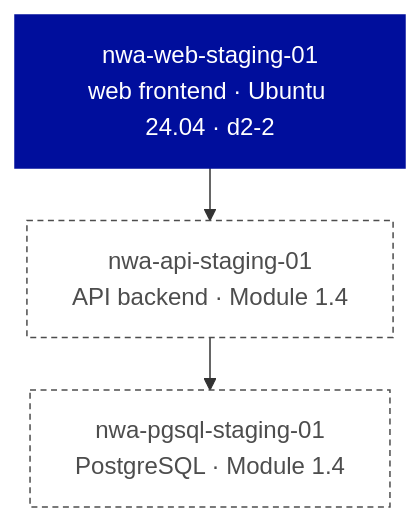
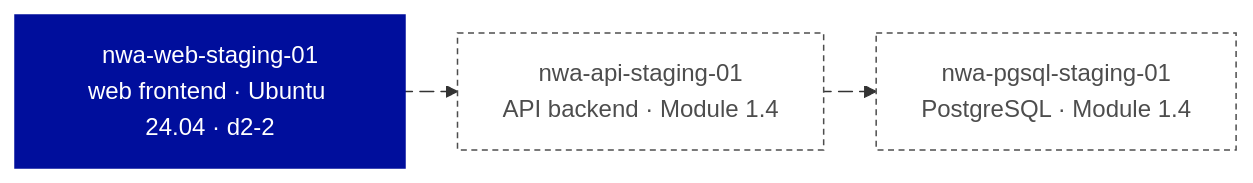
Before and after one commit to trippinguy26/ovhcloud-pcca-content: the third of 3 diagrams in modules/module-1-3/slides.md, drawn with Mermaid. The commit also changed other lines of this file and 14 other files, not shown here.

````diff
--- a/modules/module-1-3/slides.md
+++ b/modules/module-1-3/slides.md
@@ -706,12 +698,14 @@
 ```mermaid {scale: 0.65}
 %%{init: {'flowchart': {'nodeSpacing': 25, 'rankSpacing': 35}}}%%
-flowchart TB
+flowchart LR
     WEB[nwa-web-staging-01<br/>web frontend · Ubuntu 24.04 · d2-2]:::today
     API[nwa-api-staging-01<br/>API backend · Module 1.4]:::later
     DB[nwa-pgsql-staging-01<br/>PostgreSQL · Module 1.4]:::later
-    WEB --> API
-    API --> DB
+    WEB e1@--> API
+    API e2@--> DB
 
+    e1@{ animation: fast }
+    e2@{ animation: fast }
     classDef today fill:#000E9C,stroke:#000E9C,color:#FFFFFF
-    classDef later fill:#FFFFFF,stroke:#4D4D4D,color:#4D4D4D,stroke-dasharray:4 3
+    classDef later fill:#FFFFFF,stroke:#4D4D4D,color:#4D4D4D,stroke-dasharray:4 3    
 ```
````
